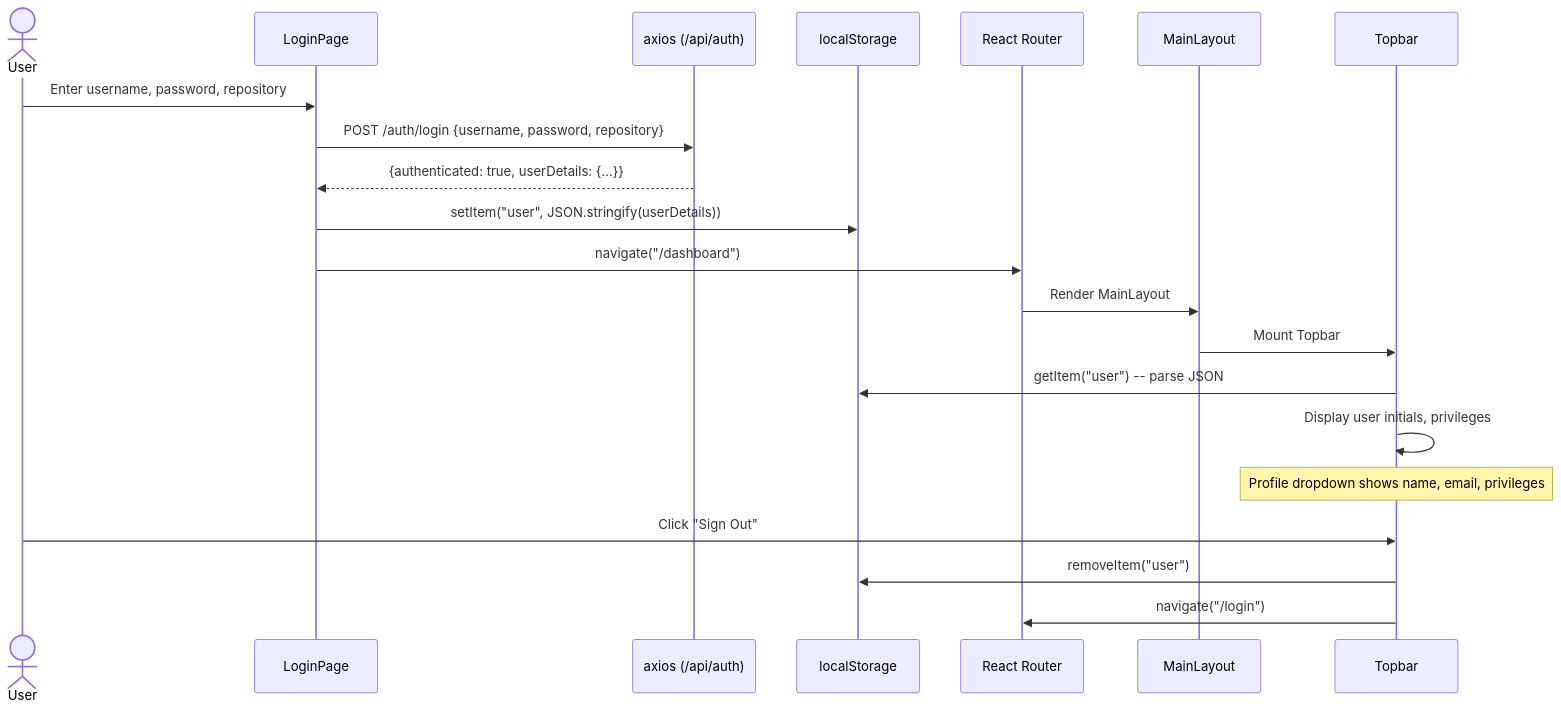
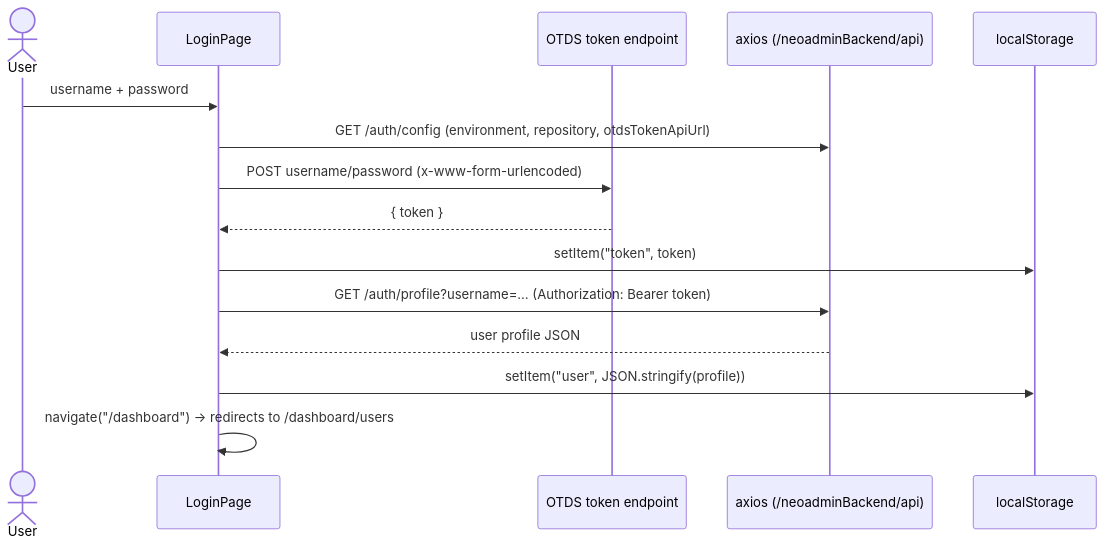
Before and after one commit to Ramanjaneyulu-V-V-S/NEO-ADMIN: the second of 2 diagrams in techdocs/frontend-architecture.md, drawn with Mermaid. The commit also changed other lines of this file and 3 other files, not shown here.

````diff
--- a/techdocs/frontend-architecture.md
+++ b/techdocs/frontend-architecture.md
@@ -163,24 +201,18 @@
 ```mermaid
 sequenceDiagram
-    actor User
+    actor U as User
     participant LP as LoginPage
-    participant API as axios (/api/auth)
+    participant OTDS as OTDS token endpoint
+    participant API as axios (/neoadminBackend/api)
     participant LS as localStorage
-    participant Router as React Router
-    participant ML as MainLayout
-    participant TB as Topbar
 
-    User->>LP: Enter username, password, repository
-    LP->>API: POST /auth/login {username, password, repository}
-    API-->>LP: {authenticated: true, userDetails: {...}}
-    LP->>LS: setItem("user", JSON.stringify(userDetails))
-    LP->>Router: navigate("/dashboard")
-    Router->>ML: Render MainLayout
-    ML->>TB: Mount Topbar
-    TB->>LS: getItem("user") -- parse JSON
-    TB->>TB: Display user initials, privileges
-    Note over TB: Profile dropdown shows name, email, privileges
-    User->>TB: Click "Sign Out"
-    TB->>LS: removeItem("user")
-    TB->>Router: navigate("/login")
+    U->>LP: username + password
+    LP->>API: GET /auth/config  (environment, repository, otdsTokenApiUrl)
+    LP->>OTDS: POST username/password (x-www-form-urlencoded)
+    OTDS-->>LP: { token }
+    LP->>LS: setItem("token", token)
+    LP->>API: GET /auth/profile?username=…  (Authorization: Bearer token)
+    API-->>LP: user profile JSON
+    LP->>LS: setItem("user", JSON.stringify(profile))
+    LP->>LP: navigate("/dashboard")  → redirects to /dashboard/users
 ```
````
